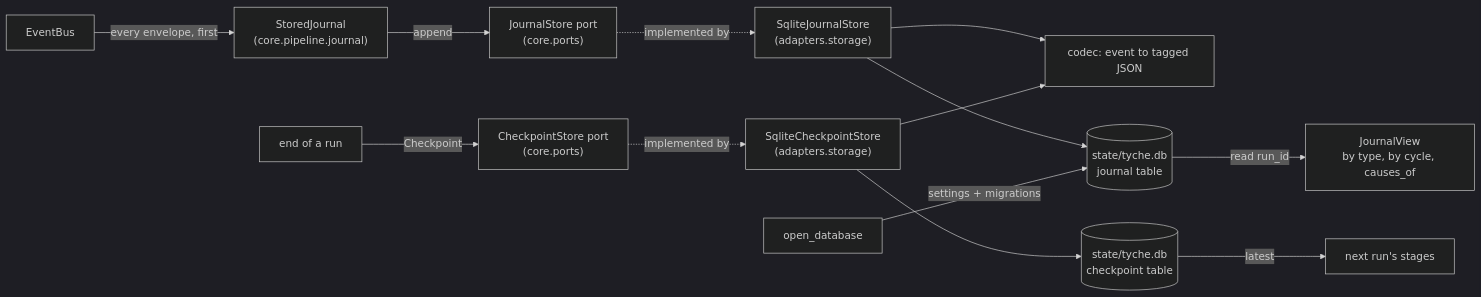
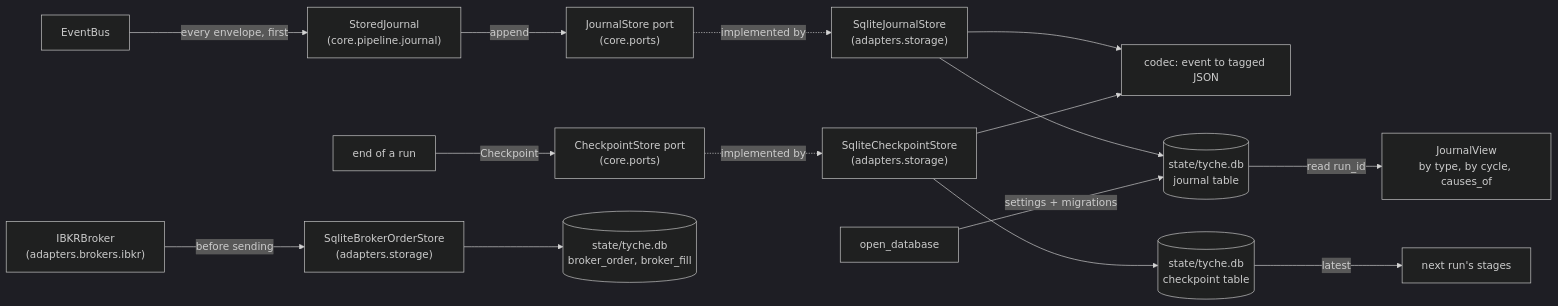
The diagram in docs/developer-guide/state-database.md (jpra0204/Tyche), drawn with Mermaid (dark theme) before and after one commit. The commit also changed other lines of this file and 40 other files, not shown here.

````diff
--- a/docs/developer-guide/state-database.md
+++ b/docs/developer-guide/state-database.md
@@ -7,15 +7,17 @@
 ```mermaid
 flowchart LR
     bus["EventBus"] -->|every envelope, first| sj["StoredJournal<br/>(core.pipeline.journal)"]
     sj -->|append| port["JournalStore port<br/>(core.ports)"]
     port -.implemented by.-> store["SqliteJournalStore<br/>(adapters.storage)"]
     store --> codec["codec: event to tagged JSON"]
     store --> db[("state/tyche.db<br/>journal table")]
     open["open_database"] -->|settings + migrations| db
     db -->|read run_id| view["JournalView<br/>by type, by cycle, causes_of"]
     run["end of a run"] -->|Checkpoint| cport["CheckpointStore port<br/>(core.ports)"]
     cport -.implemented by.-> cstore["SqliteCheckpointStore<br/>(adapters.storage)"]
     cstore --> codec
     cstore --> cdb[("state/tyche.db<br/>checkpoint table")]
     cdb -->|latest| restart["next run's stages"]
+    ibkr["IBKRBroker<br/>(adapters.brokers.ibkr)"] -->|before sending| bstore["SqliteBrokerOrderStore<br/>(adapters.storage)"]
+    bstore --> bdb[("state/tyche.db<br/>broker_order, broker_fill")]
 ```
````
